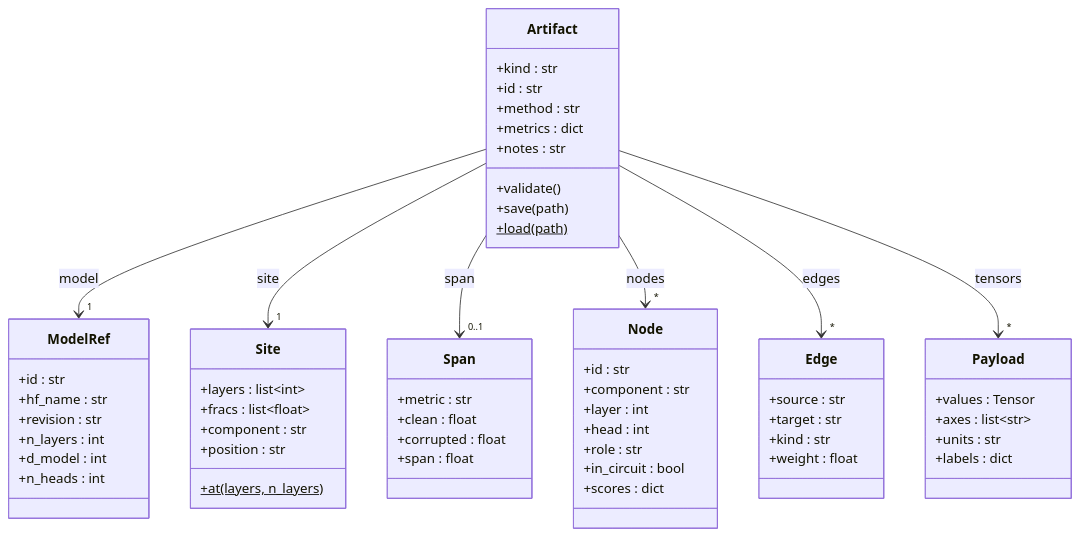
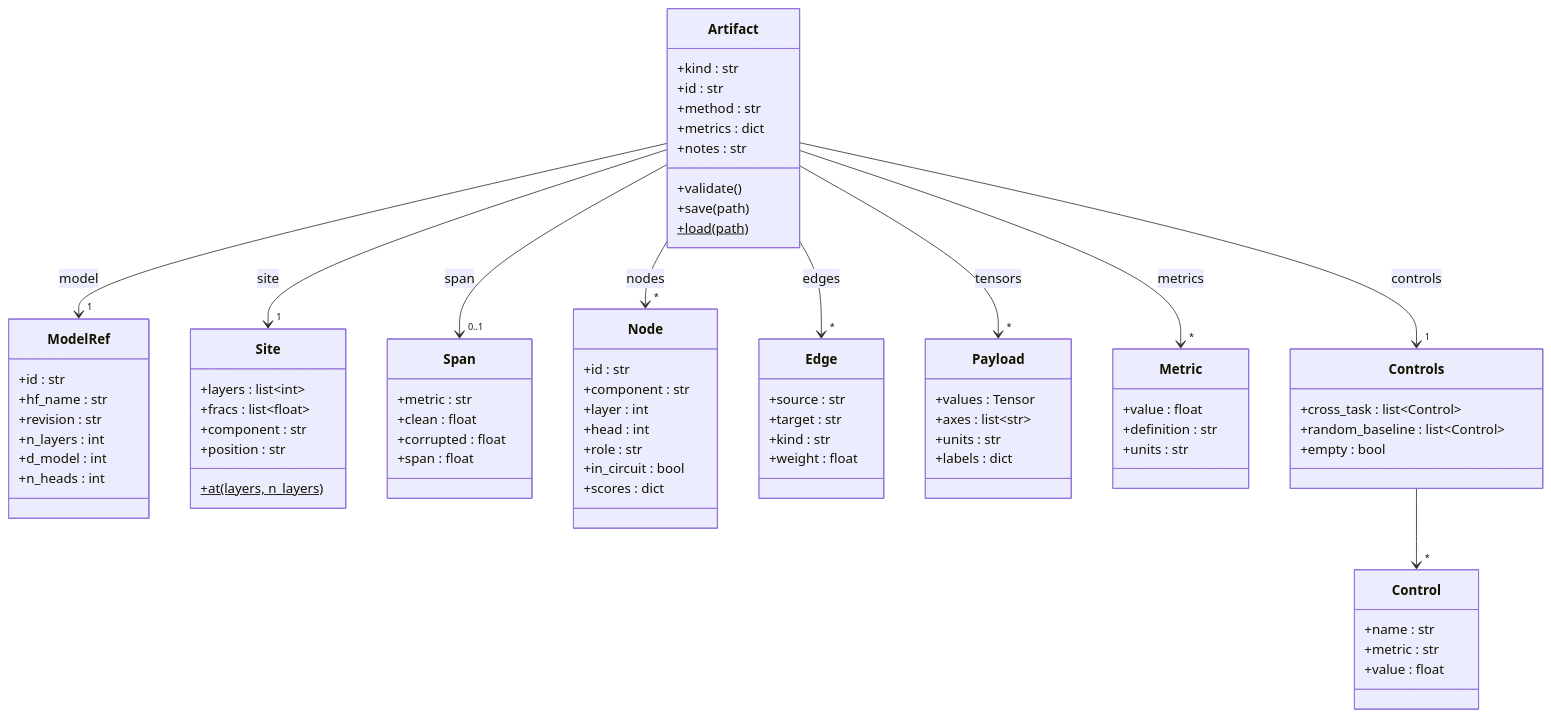
One commit to lgemc/mi-lab changed the first of 5 diagrams in docs/sharing/format.md. Above: the diagram before and after it, drawn with Mermaid. The commit also changed other lines of this file and 11 other files, not shown here.

````diff
--- a/docs/sharing/format.md
+++ b/docs/sharing/format.md
@@ -9,62 +9,80 @@
 ```mermaid
 classDiagram
     class Artifact {
         +kind : str
         +id : str
         +method : str
         +metrics : dict
         +notes : str
         +validate()
         +save(path)
         +load(path)$
     }
     class ModelRef {
         +id : str
         +hf_name : str
         +revision : str
         +n_layers : int
         +d_model : int
         +n_heads : int
     }
     class Site {
         +layers : list~int~
         +fracs : list~float~
         +component : str
         +position : str
         +at(layers, n_layers)$
     }
     class Span {
         +metric : str
         +clean : float
         +corrupted : float
         +span : float
     }
     class Node {
         +id : str
         +component : str
         +layer : int
         +head : int
         +role : str
         +in_circuit : bool
         +scores : dict
     }
     class Edge {
         +source : str
         +target : str
         +kind : str
         +weight : float
     }
     class Payload {
         +values : Tensor
         +axes : list~str~
         +units : str
         +labels : dict
     }
+    class Metric {
+        +value : float
+        +definition : str
+        +units : str
+    }
+    class Controls {
+        +cross_task : list~Control~
+        +random_baseline : list~Control~
+        +empty : bool
+    }
+    class Control {
+        +name : str
+        +metric : str
+        +value : float
+    }
 
     Artifact --> "1" ModelRef : model
     Artifact --> "1" Site : site
     Artifact --> "0..1" Span : span
     Artifact --> "*" Node : nodes
     Artifact --> "*" Edge : edges
     Artifact --> "*" Payload : tensors
+    Artifact --> "*" Metric : metrics
+    Artifact --> "1" Controls : controls
+    Controls --> "*" Control
 ```
````
